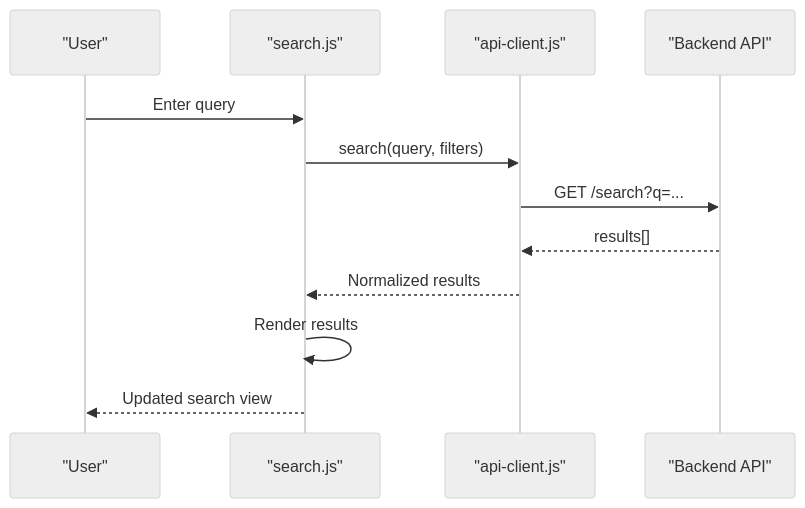
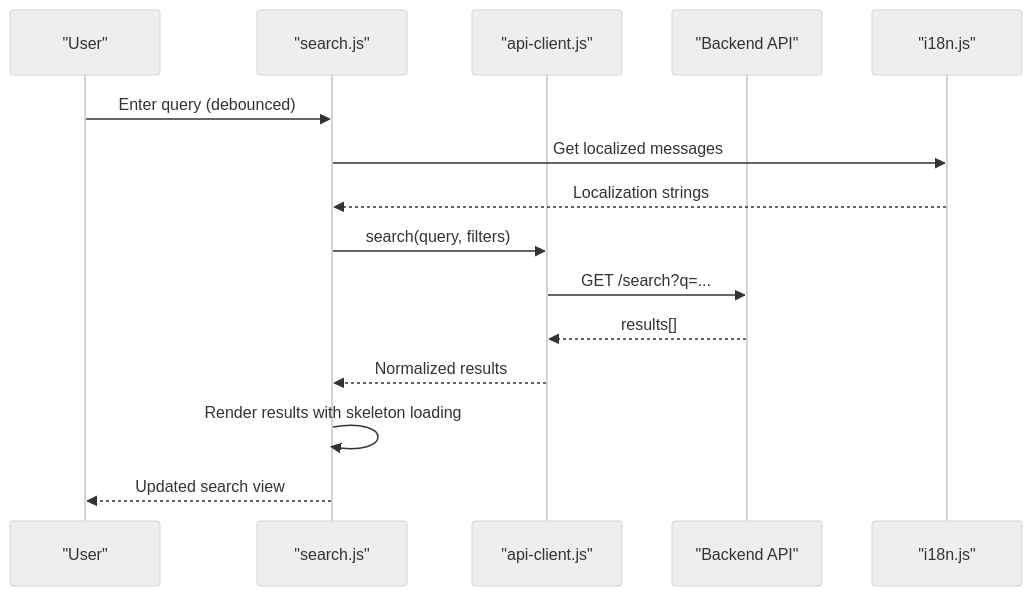
Diagram 11 of 15 in .qoder/repowiki/en/content/Web Application/Client-Side Architecture.md (zuohaisu/wecom-archive), drawn with Mermaid (neutral theme) before and after one commit. The commit also changed other lines of this file and 95 other files, not shown here.

````diff
--- a/.qoder/repowiki/en/content/Web Application/Client-Side Architecture.md
+++ b/.qoder/repowiki/en/content/Web Application/Client-Side Architecture.md
@@ -403,14 +472,17 @@
 ```mermaid
 sequenceDiagram
 participant User as "User"
 participant SJ as "search.js"
 participant API as "api-client.js"
 participant Backend as "Backend API"
-User->>SJ : Enter query
+participant I18N as "i18n.js"
+User->>SJ : Enter query (debounced)
+SJ->>I18N : Get localized messages
+I18N-->>SJ : Localization strings
 SJ->>API : search(query, filters)
 API->>Backend : GET /search?q=...
 Backend-->>API : results[]
 API-->>SJ : Normalized results
-SJ->>SJ : Render results
+SJ->>SJ : Render results with skeleton loading
 SJ-->>User : Updated search view
 ```
````
